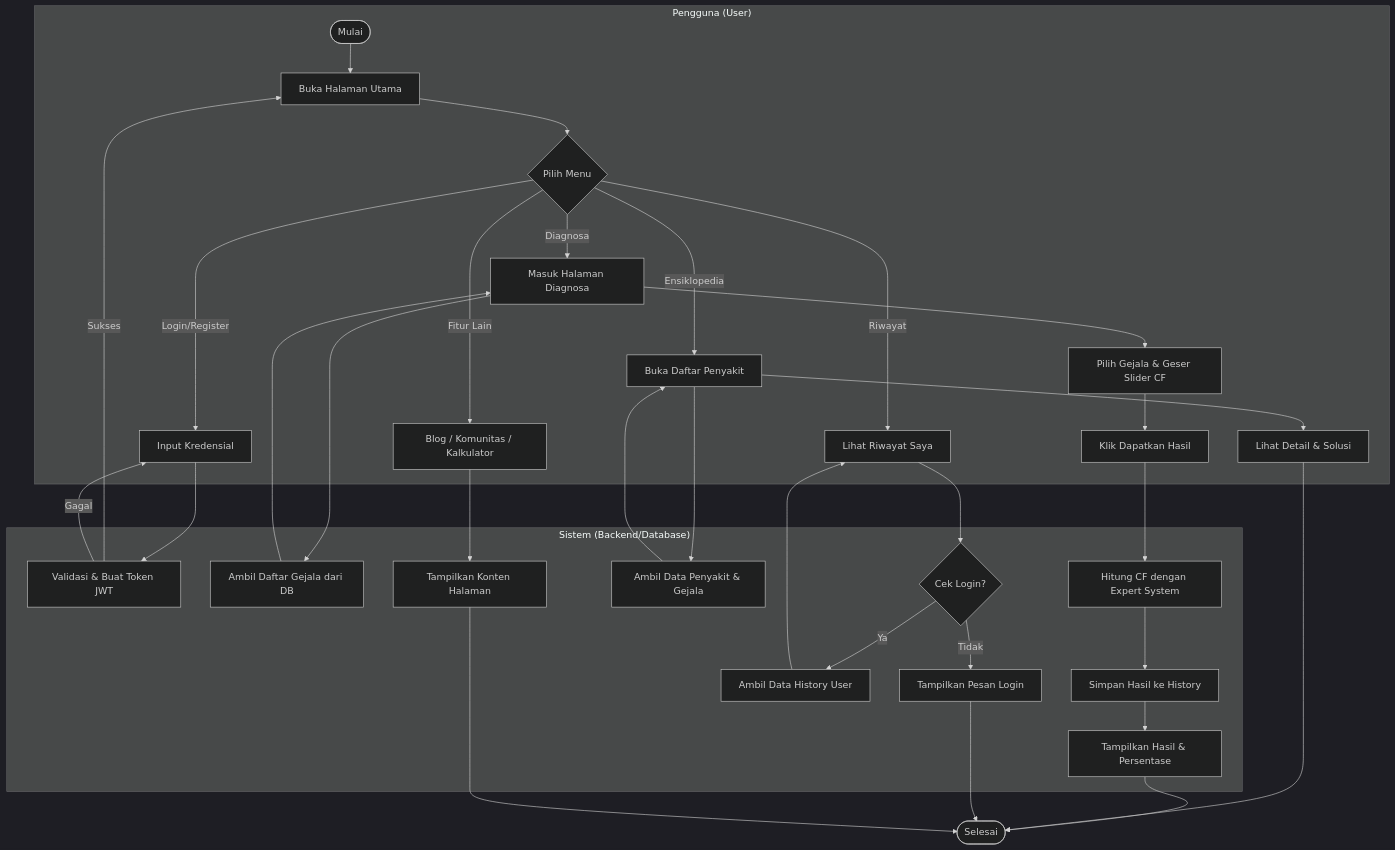
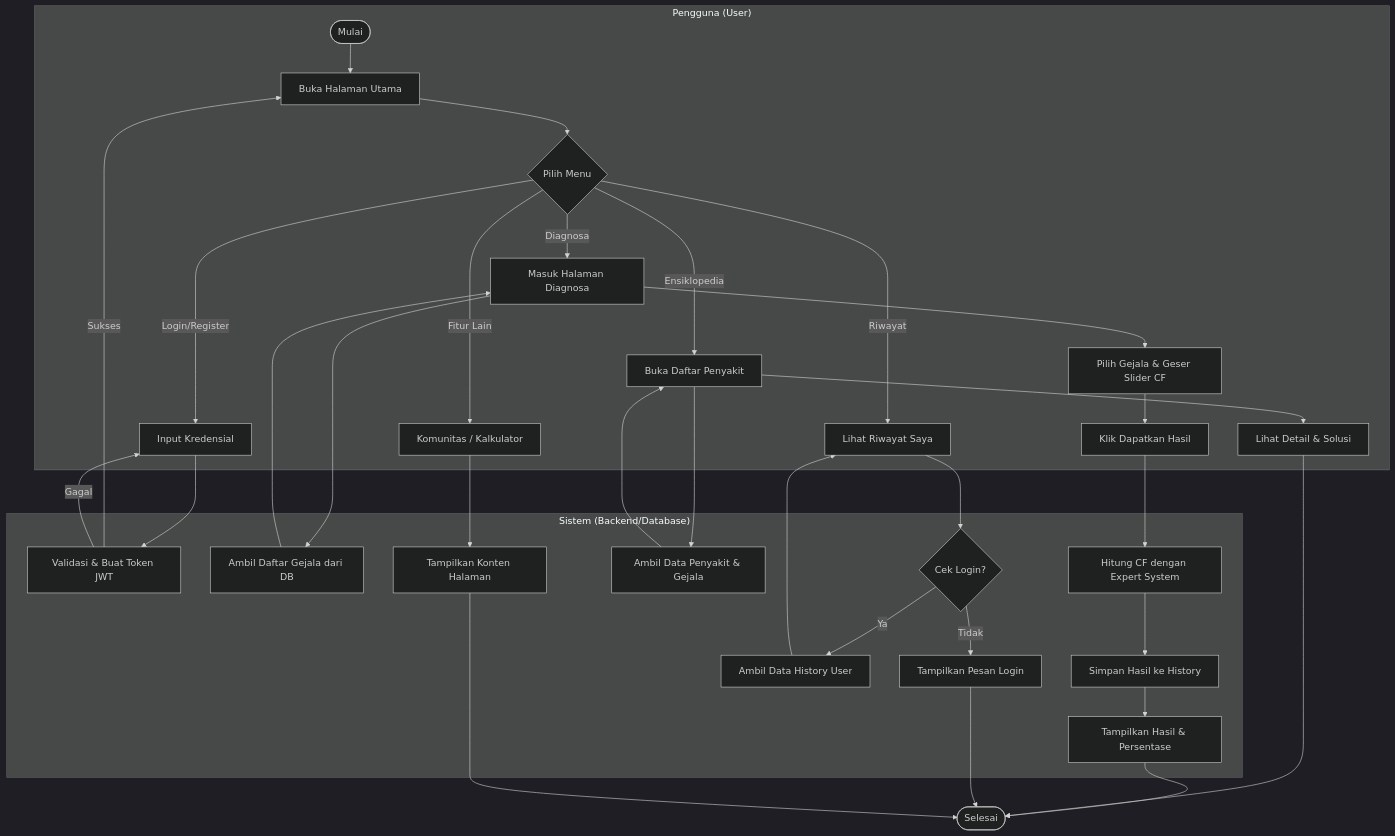
Before and after one commit to RajaSunrise/kangkungku: the fourth of 7 diagrams in README.md, drawn with Mermaid (dark theme). The commit also changed 5 other files, not shown here.

Commit message:
update new diagram

````diff
--- a/README.md
+++ b/README.md
@@ -131,46 +131,46 @@
 ```mermaid
 graph TD
     subgraph "Pengguna (User)"
         U_Start([Mulai]) --> U_Landing[Buka Halaman Utama]
         U_Landing --> U_Nav{Pilih Menu}
         
         U_Nav -- "Login/Register" --> U_Auth[Input Kredensial]
         U_Nav -- "Diagnosa" --> U_Diag[Masuk Halaman Diagnosa]
         U_Nav -- "Ensiklopedia" --> U_Ency[Buka Daftar Penyakit]
         U_Nav -- "Riwayat" --> U_Hist[Lihat Riwayat Saya]
-        U_Nav -- "Fitur Lain" --> U_Other[Blog / Komunitas / Kalkulator]
+        U_Nav -- "Fitur Lain" --> U_Other[Komunitas / Kalkulator]
         
         U_Diag --> U_Select[Pilih Gejala & Geser Slider CF]
         U_Select --> U_Submit[Klik Dapatkan Hasil]
         
         U_Ency --> U_Detail[Lihat Detail & Solusi]
     end
 
     subgraph "Sistem (Backend/Database)"
         U_Auth --> S_Auth[Validasi & Buat Token JWT]
         S_Auth -- "Sukses" --> U_Landing
         S_Auth -- "Gagal" --> U_Auth
         
         U_Diag --> S_GetG[Ambil Daftar Gejala dari DB]
         S_GetG --> U_Diag
         
         U_Submit --> S_Calc[Hitung CF dengan Expert System]
         S_Calc --> S_Save[Simpan Hasil ke History]
         S_Save --> S_Result[Tampilkan Hasil & Persentase]
         
         U_Ency --> S_GetP[Ambil Data Penyakit & Gejala]
         S_GetP --> U_Ency
         
         U_Hist --> S_CheckL{Cek Login?}
         S_CheckL -- "Ya" --> S_GetH[Ambil Data History User]
         S_CheckL -- "Tidak" --> S_Warn[Tampilkan Pesan Login]
         S_GetH --> U_Hist
 
         U_Other --> S_ShowO[Tampilkan Konten Halaman]
     end
 
     S_Result --> U_End([Selesai])
     U_Detail --> U_End
     S_Warn --> U_End
     S_ShowO --> U_End
 ```
````
